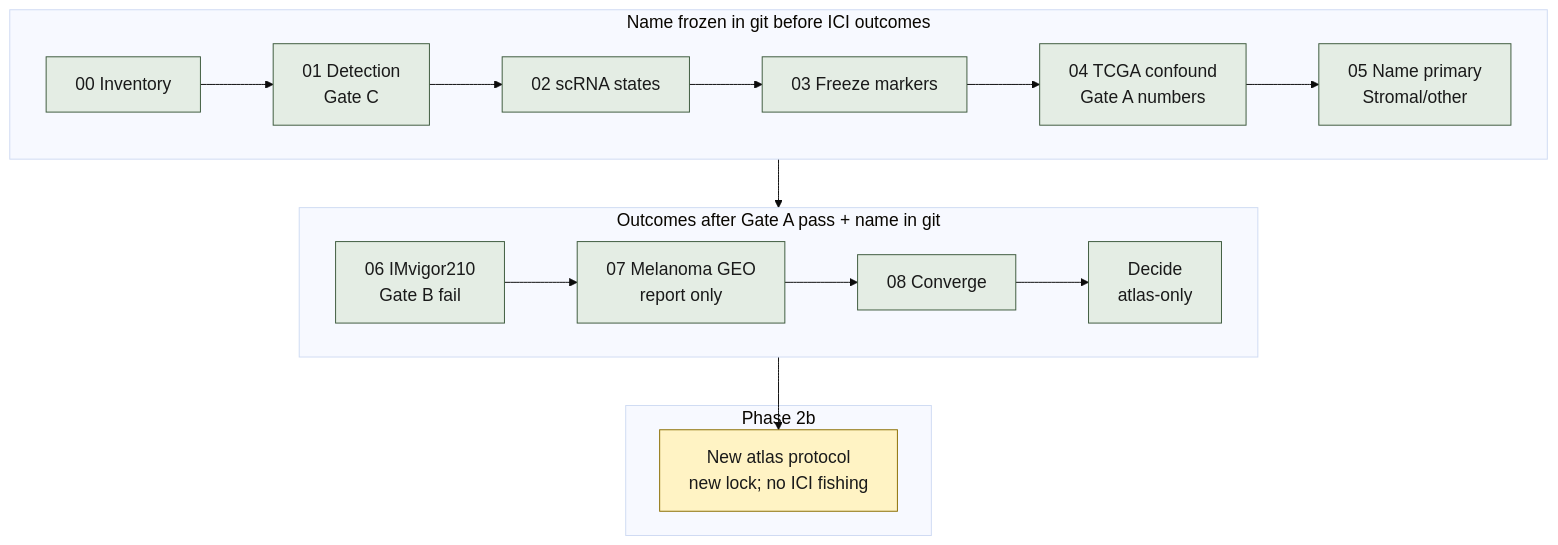
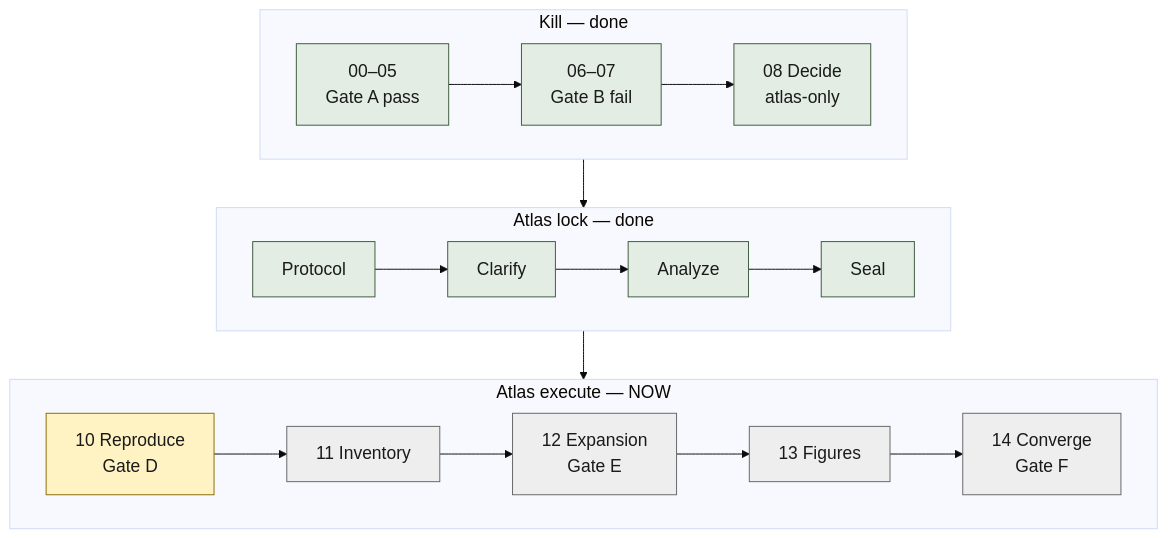
The diagram in docs/diagrams/scendo-units.mmd (cauld/scendo), drawn with Mermaid before and after one commit. The commit also changed 18 other files, not shown here.

First line of the commit message:
Seal atlas protocol: named-state map plus frozen ICI-negative chapter.

```diff
--- a/docs/diagrams/scendo-units.mmd
+++ b/docs/diagrams/scendo-units.mmd
@@ -1,30 +1,32 @@
 %%{init: {"theme": "base", "themeVariables": {"fontSize": "18px", "fontFamily": "Helvetica, Arial, sans-serif"}} }%%
 flowchart TB
-  subgraph before["Name frozen in git before ICI outcomes"]
+  subgraph kill["Kill — done"]
     direction LR
-    U00["00 Inventory"] --> U01["01 Detection<br/>Gate C"]
-    U01 --> U02["02 scRNA states"]
-    U02 --> U03["03 Freeze markers"]
-    U03 --> U04["04 TCGA confound<br/>Gate A numbers"]
-    U04 --> U05["05 Name primary<br/>Stromal/other"]
+    U00["00–05<br/>Gate A pass"] --> U06["06–07<br/>Gate B fail"]
+    U06 --> U08["08 Decide<br/>atlas-only"]
   end
 
-  subgraph after["Outcomes after Gate A pass + name in git"]
+  subgraph lock["Atlas lock — done"]
     direction LR
-    U06["06 IMvigor210<br/>Gate B fail"] --> U07["07 Melanoma GEO<br/>report only"]
-    U07 --> U08["08 Converge"]
-    U08 --> D["Decide<br/>atlas-only"]
+    PR["Protocol"] --> CL["Clarify"]
+    CL --> AN["Analyze"]
+    AN --> SE["Seal"]
   end
 
-  subgraph next["Phase 2b"]
-    P["New atlas protocol<br/>new lock; no ICI fishing"]
+  subgraph run["Atlas execute — NOW"]
+    direction LR
+    U10["10 Reproduce<br/>Gate D"] --> U11["11 Inventory"]
+    U11 --> U12["12 Expansion<br/>Gate E"]
+    U12 --> U13["13 Figures"]
+    U13 --> U14["14 Converge<br/>Gate F"]
   end
 
-  U05 --> U06
-  D --> P
+  U08 --> PR
+  SE --> U10
 
   classDef done fill:#E4EDE4,stroke:#3D5A3D,color:#1A1A1A
   classDef now fill:#FFF3C4,stroke:#8A6D00,color:#1A1A1A
   classDef later fill:#EEEEEE,stroke:#666666,color:#1A1A1A
-  class U00,U01,U02,U03,U04,U05,U06,U07,U08,D done
-  class P now
+  class U00,U06,U08,PR,CL,AN,SE done
+  class U10 now
+  class U11,U12,U13,U14 later
```
